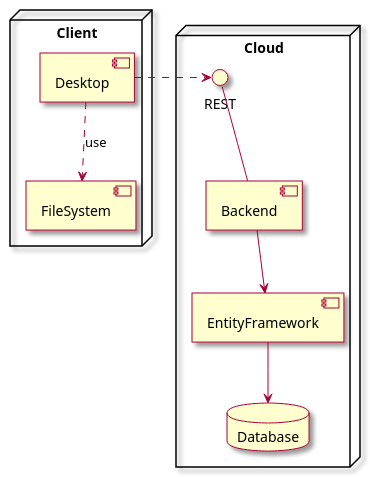
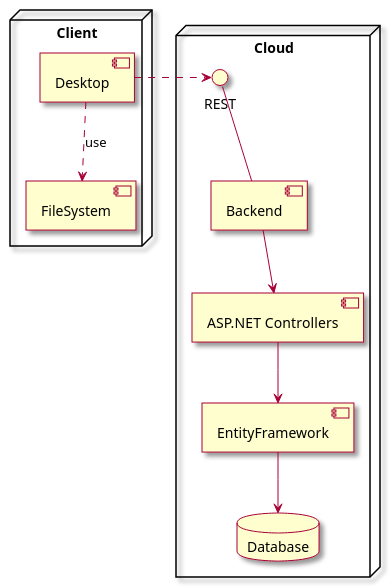
Before and after one commit to Xiphereal/FlowTaskManagement: the diagram in Docs/Architecture.puml, drawn with PlantUML.

Commit message:
docs: depict ASP.NET Controllers on the arch diagram given it is mentioned

```diff
--- a/Docs/Architecture.puml
+++ b/Docs/Architecture.puml
@@ -1,22 +1,23 @@
 @startuml
 skin rose
 
 'https://plantuml.com/component-diagram
 
 node Client {
     [Desktop]
     [FileSystem]
     [Desktop] ..> [FileSystem] : use
 }
 
 node Cloud {
     REST -- [Backend]
     [Desktop] .> REST
     
-    [Backend] --> [EntityFramework]
+    [Backend] --> [ASP.NET Controllers]
+    [ASP.NET Controllers] --> [EntityFramework]
     
     database Database
     [EntityFramework] --> Database
 }
 
 @enduml
```
